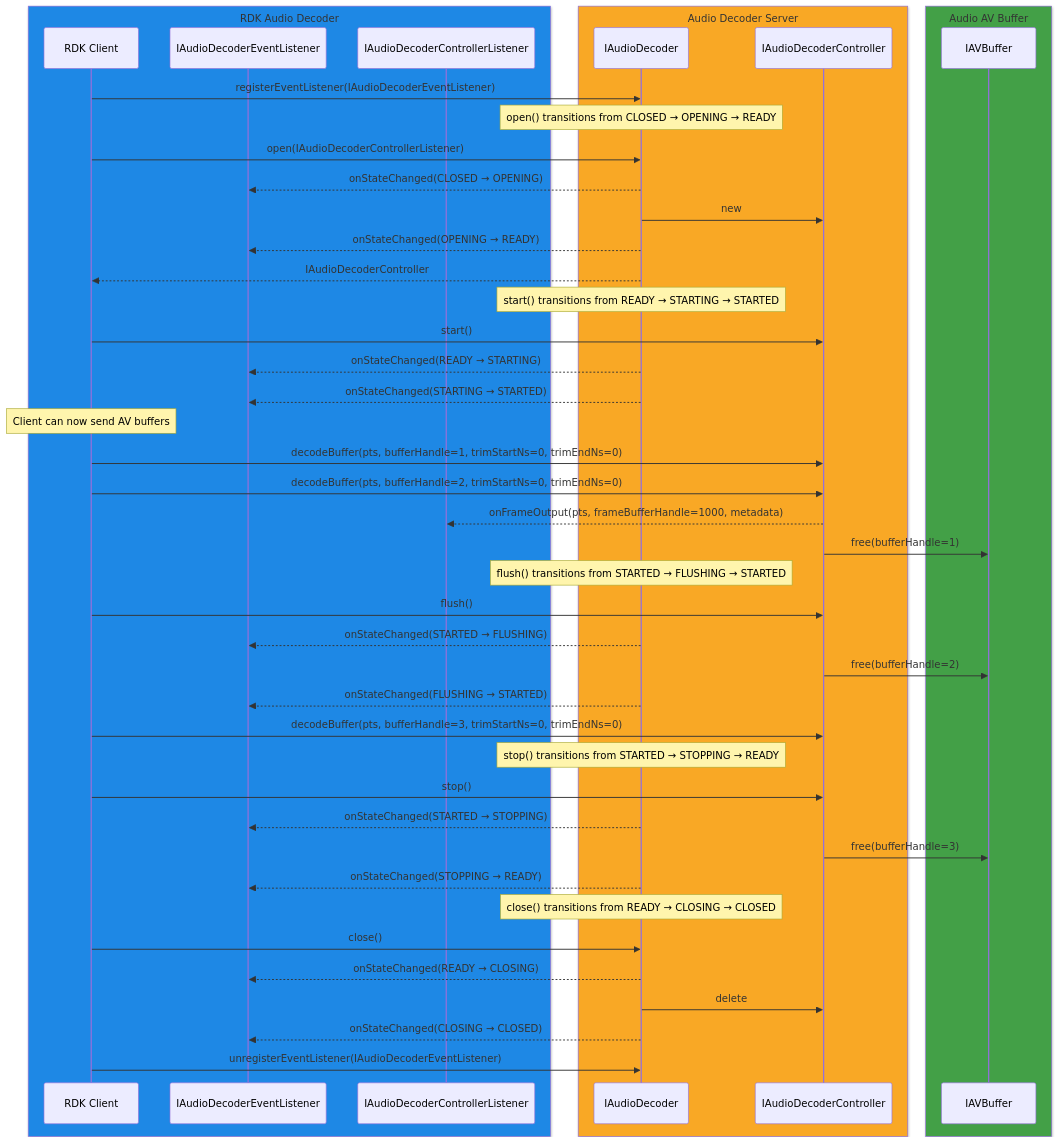
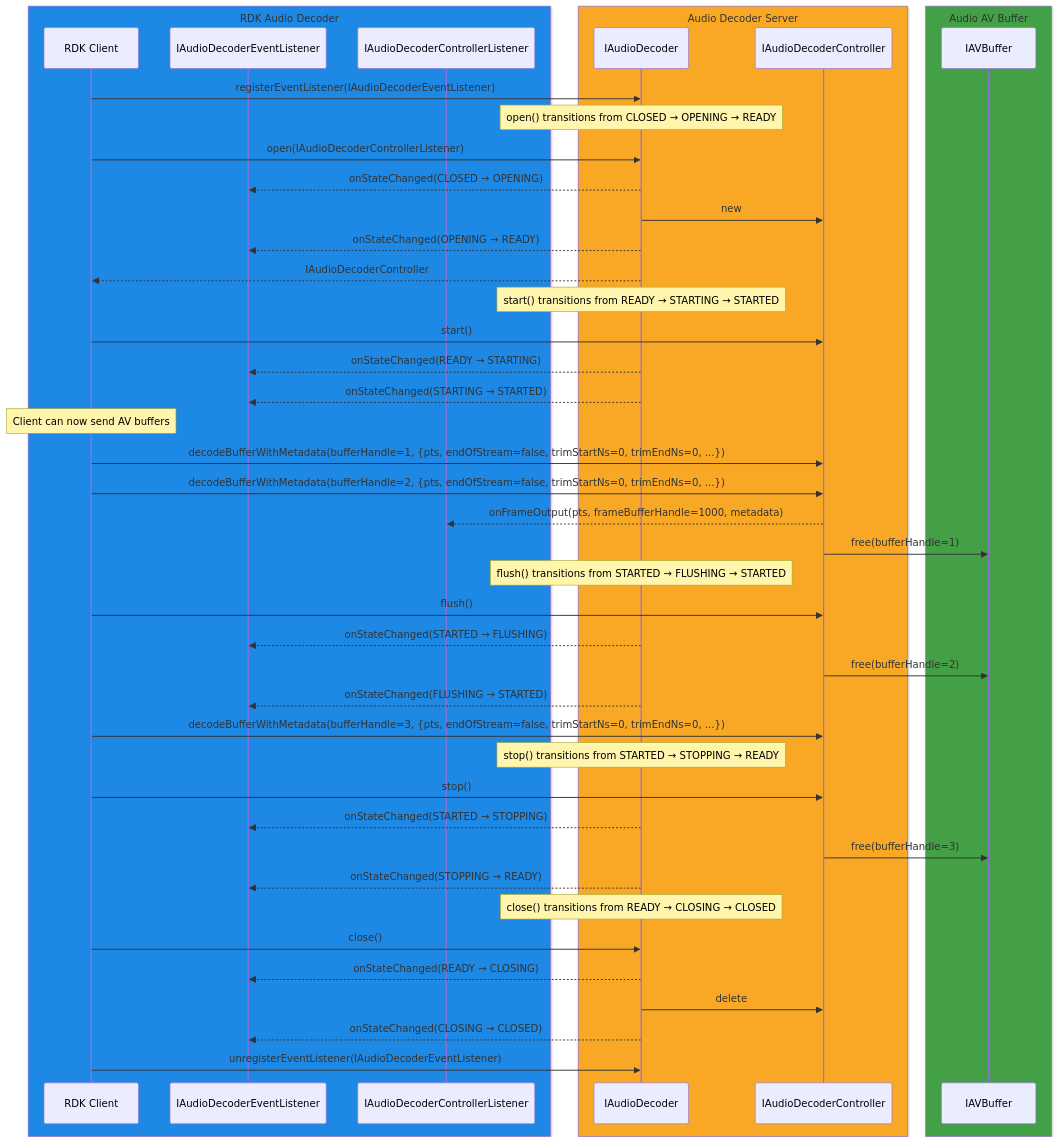
One commit to rdkcentral/rdk-halif-aidl changed the third of 3 diagrams in docs/halif/audio_decoder/current/audio_decoder.md. Above: the diagram before and after it, drawn with Mermaid. The commit also changed other lines of this file and 1 other file, not shown here.

````diff
--- a/docs/halif/audio_decoder/current/audio_decoder.md
+++ b/docs/halif/audio_decoder/current/audio_decoder.md
@@ -375,60 +377,60 @@
 ```mermaid
 sequenceDiagram
     %% --- RDK Audio Decoder ---
     box rgb(30,136,229) RDK Audio Decoder 
         participant Client as RDK Client
         participant IAudioDecoderEventListener as IAudioDecoderEventListener
         participant IAudioDecoderControllerListener as IAudioDecoderControllerListener
     end
     
     %% --- Audio Decoder Server ---
     box rgb(249,168,37) Audio Decoder Server
         participant ADC as IAudioDecoder
         participant Controller as IAudioDecoderController
     end
     
     %% --- Audio AV Buffer ---
     box rgb(67,160,71) Audio AV Buffer
         participant IAVBuffer as IAVBuffer
     end
 
     Client->>ADC: registerEventListener(IAudioDecoderEventListener)
     
     Note over ADC: open() transitions from CLOSED → OPENING → READY
     Client->>ADC: open(IAudioDecoderControllerListener)
     ADC-->>IAudioDecoderEventListener: onStateChanged(CLOSED → OPENING)
     ADC->>Controller: new
     ADC-->>IAudioDecoderEventListener: onStateChanged(OPENING → READY)
     ADC-->>Client: IAudioDecoderController
 
     Note over ADC: start() transitions from READY → STARTING → STARTED
     Client->>Controller: start()
     ADC-->>IAudioDecoderEventListener: onStateChanged(READY → STARTING)
     ADC-->>IAudioDecoderEventListener: onStateChanged(STARTING → STARTED)
 
     Note over Client: Client can now send AV buffers
-    Client->>Controller: decodeBuffer(pts, bufferHandle=1, trimStartNs=0, trimEndNs=0)
-    Client->>Controller: decodeBuffer(pts, bufferHandle=2, trimStartNs=0, trimEndNs=0)
+    Client->>Controller: decodeBufferWithMetadata(bufferHandle=1, {pts, endOfStream=false, trimStartNs=0, trimEndNs=0, ...})
+    Client->>Controller: decodeBufferWithMetadata(bufferHandle=2, {pts, endOfStream=false, trimStartNs=0, trimEndNs=0, ...})
     Controller-->>IAudioDecoderControllerListener: onFrameOutput(pts, frameBufferHandle=1000, metadata)
     Controller->>IAVBuffer: free(bufferHandle=1)
 
     Note over ADC: flush() transitions from STARTED → FLUSHING → STARTED
     Client->>Controller: flush()
     ADC-->>IAudioDecoderEventListener: onStateChanged(STARTED → FLUSHING)
     Controller->>IAVBuffer: free(bufferHandle=2)
     ADC-->>IAudioDecoderEventListener: onStateChanged(FLUSHING → STARTED)
-    Client->>Controller: decodeBuffer(pts, bufferHandle=3, trimStartNs=0, trimEndNs=0)
+    Client->>Controller: decodeBufferWithMetadata(bufferHandle=3, {pts, endOfStream=false, trimStartNs=0, trimEndNs=0, ...})
 
     Note over ADC: stop() transitions from STARTED → STOPPING → READY
     Client->>Controller: stop()
     ADC-->>IAudioDecoderEventListener: onStateChanged(STARTED → STOPPING)
     Controller->>IAVBuffer: free(bufferHandle=3)
     ADC-->>IAudioDecoderEventListener: onStateChanged(STOPPING → READY)
 
     Note over ADC: close() transitions from READY → CLOSING → CLOSED
     Client->>ADC: close()
     ADC-->>IAudioDecoderEventListener: onStateChanged(READY → CLOSING)
     ADC->>Controller: delete
     ADC-->>IAudioDecoderEventListener: onStateChanged(CLOSING → CLOSED)
     Client->>ADC: unregisterEventListener(IAudioDecoderEventListener)
 ```
````
